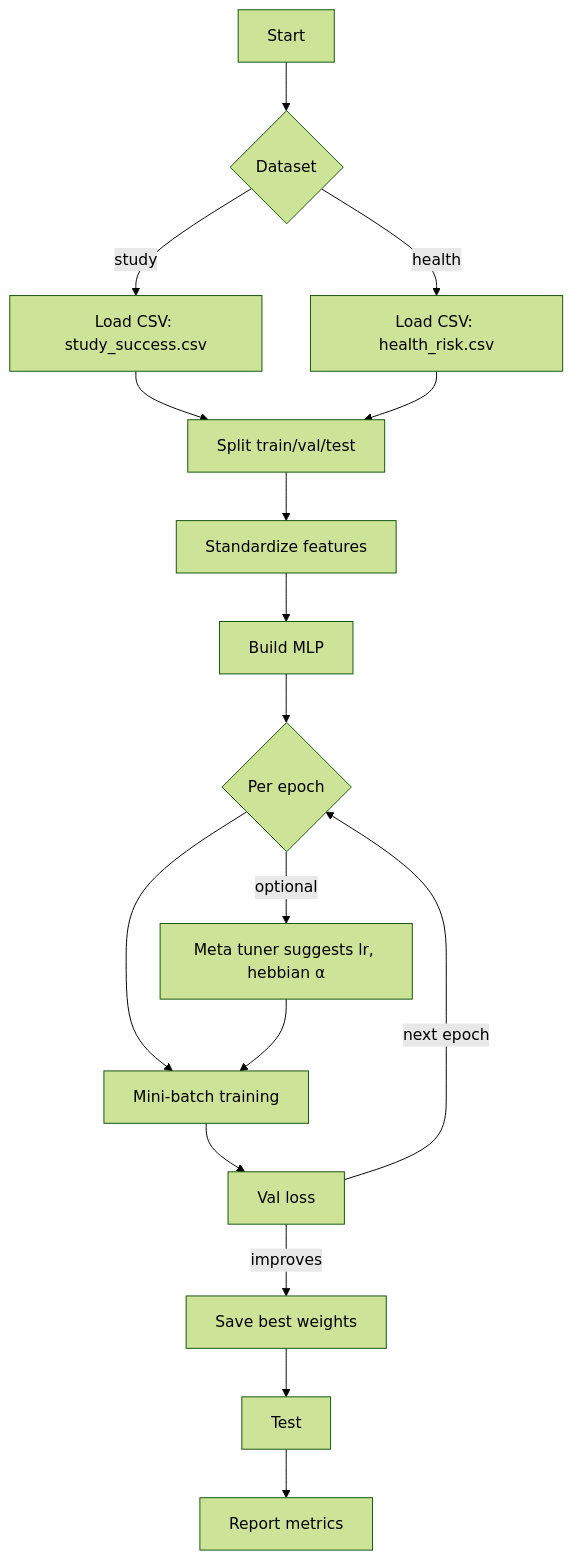
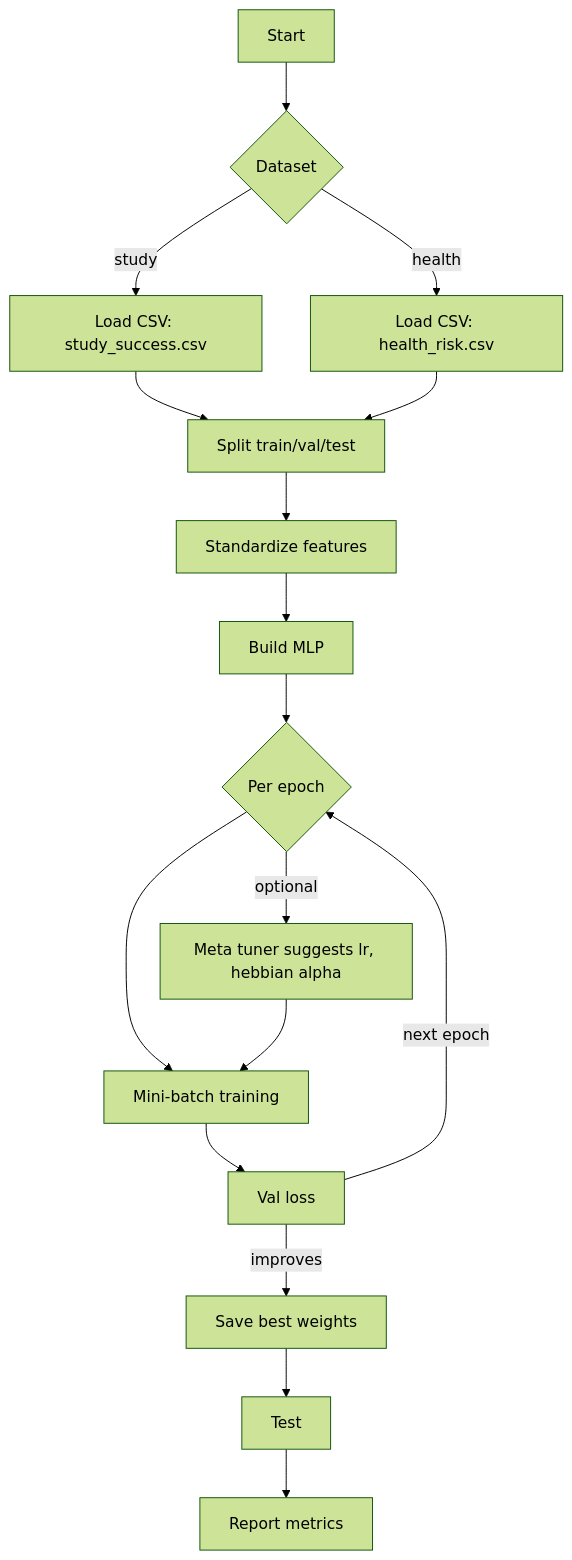
The first of 2 diagrams in README.md (hareramray/MLPHebbian), drawn with Mermaid (forest theme) before and after one commit. The commit also changed other lines of this file, not shown here.

Commit message:
fix: improve formatting of flowcharts in README for better readability

````diff
--- a/README.md
+++ b/README.md
@@ -104,19 +104,19 @@
 ```mermaid
 flowchart TD
-	A[Start] --> B{Dataset}
-	B -- study --> C[Load CSV: study_success.csv]
-	B -- health --> C2[Load CSV: health_risk.csv]
-	C --> D[Split train/val/test]
-	C2 --> D
-	D --> E[Standardize features]
-	E --> F[Build MLP]
-	F --> G{Per epoch}
-	G -->|optional| H[Meta tuner suggests lr, hebbian α]
-	G --> I[Mini-batch training]
-	H --> I
-	I --> J[Val loss]
-	J -->|improves| K[Save best weights]
-	J -->|next epoch| G
-	K --> L[Test]
-	L --> M[Report metrics]
+  A[Start] --> B{Dataset}
+  B -- study --> C[Load CSV: study_success.csv]
+  B -- health --> C2[Load CSV: health_risk.csv]
+  C --> D[Split train/val/test]
+  C2 --> D
+  D --> E[Standardize features]
+  E --> F[Build MLP]
+  F --> G{Per epoch}
+  G -->|optional| H[Meta tuner suggests lr, hebbian alpha]
+  G --> I[Mini-batch training]
+  H --> I
+  I --> J[Val loss]
+  J -->|improves| K[Save best weights]
+  J -->|next epoch| G
+  K --> L[Test]
+  L --> M[Report metrics]
 ```
````
